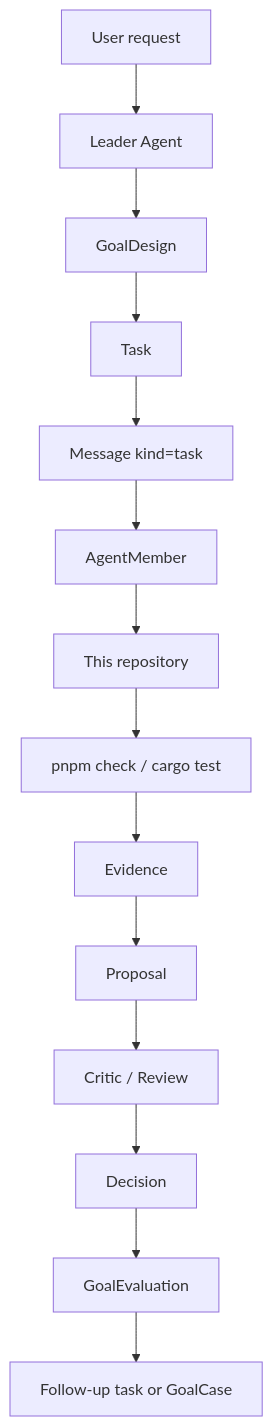
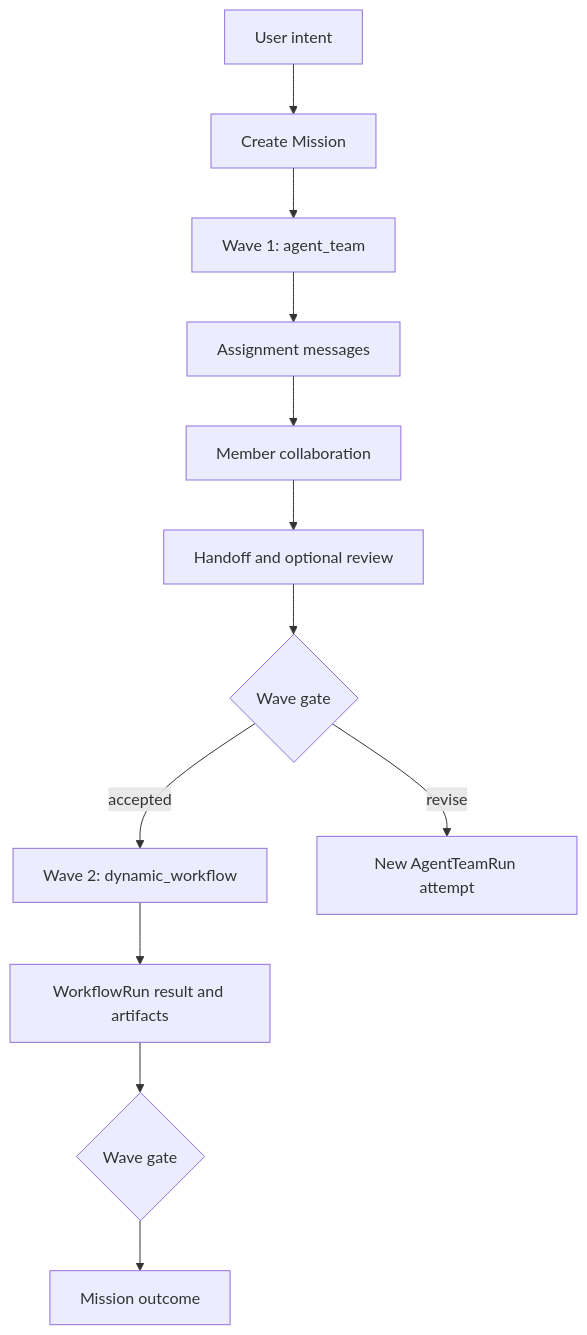
Before and after one commit to cyl19970726/multi-agent-harness: the diagram in docs/mvp.md, drawn with Mermaid. The commit also changed other lines of this file and 61 other files, not shown here.

Commit message:
design: adopt mission wave architecture

````diff
--- a/docs/mvp.md
+++ b/docs/mvp.md
@@ -39,16 +75,14 @@
 ```mermaid
 flowchart TD
-  U[User request] --> L[Leader Agent]
-  L --> GD[GoalDesign]
-  GD --> T[Task]
-  T --> M[Message kind=task]
-  M --> A[AgentMember]
-  A --> Repo[This repository]
-  Repo --> Checks[pnpm check / cargo test]
-  Checks --> E[Evidence]
-  E --> P[Proposal]
-  P --> R[Critic / Review]
-  R --> D[Decision]
-  D --> GE[GoalEvaluation]
-  GE --> Follow[Follow-up task or GoalCase]
+  U[User intent] --> M[Create Mission]
+  M --> W1[Wave 1: agent_team]
+  W1 --> A[Assignment messages]
+  A --> C[Member collaboration]
+  C --> H[Handoff and optional review]
+  H --> G1{Wave gate}
+  G1 -->|accepted| W2[Wave 2: dynamic_workflow]
+  G1 -->|revise| R1[New AgentTeamRun attempt]
+  W2 --> WR[WorkflowRun result and artifacts]
+  WR --> G2{Wave gate}
+  G2 --> O[Mission outcome]
 ```
````
